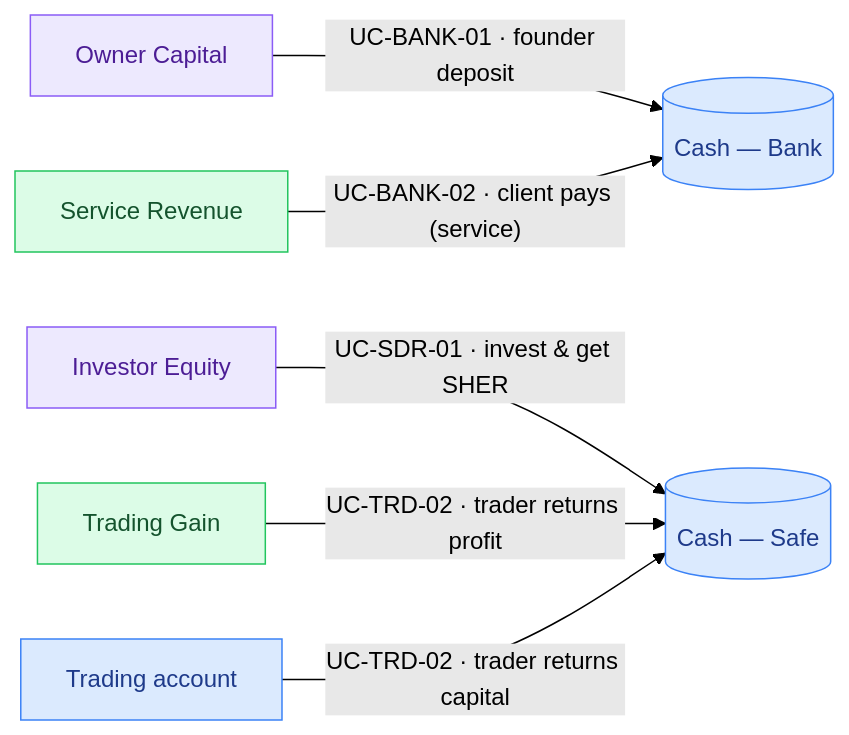
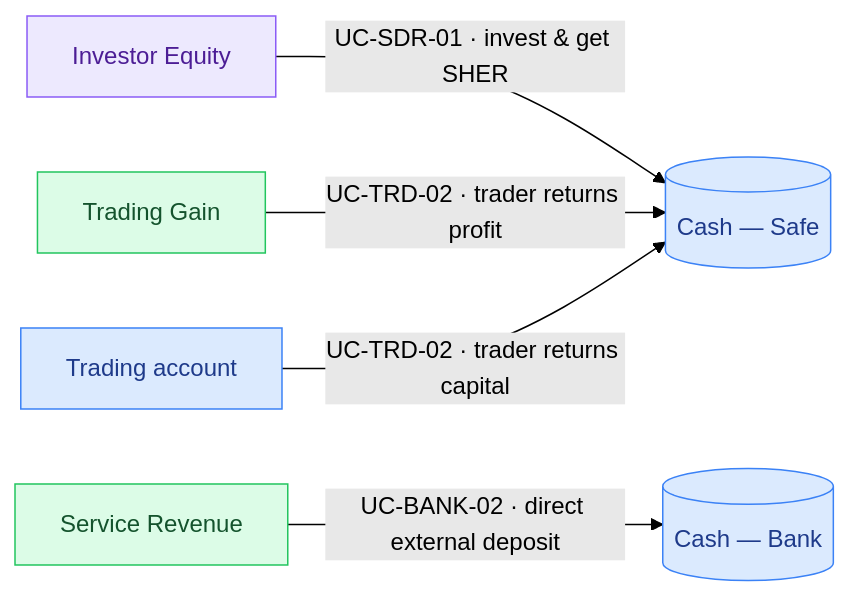
One commit to globe-and-citizen/cnc-portal changed the first of 3 diagrams in docs/features/accounting/money-flow-catalogue.md. Above: the diagram before and after it, drawn with Mermaid (forest theme). The commit also changed other lines of this file and 3 other files, not shown here.

````diff
--- a/docs/features/accounting/money-flow-catalogue.md
+++ b/docs/features/accounting/money-flow-catalogue.md
@@ -190,21 +190,19 @@
 ```mermaid
 flowchart LR
-  ownerCap[Owner Capital]:::equity
   invEq[Investor Equity]:::equity
   svcRev[Service Revenue]:::income
   tradeGain[Trading Gain]:::income
 
   bank[("Cash — Bank")]:::asset
   safe[("Cash — Safe")]:::asset
   trading[Trading account]:::asset
 
-  ownerCap -->|"UC-BANK-01 · founder deposit"| bank
-  svcRev -->|"UC-BANK-02 · client pays (service)"| bank
+  svcRev -->|"UC-BANK-02 · direct external deposit"| bank
   invEq -->|"UC-SDR-01 · invest & get SHER"| safe
   tradeGain -->|"UC-TRD-02 · trader returns profit"| safe
   trading -->|"UC-TRD-02 · trader returns capital"| safe
 
   classDef asset fill:#dbeafe,stroke:#3b82f6,color:#1e3a8a;
   classDef equity fill:#ede9fe,stroke:#8b5cf6,color:#4c1d95;
   classDef income fill:#dcfce7,stroke:#22c55e,color:#14532d;
 ```
````
